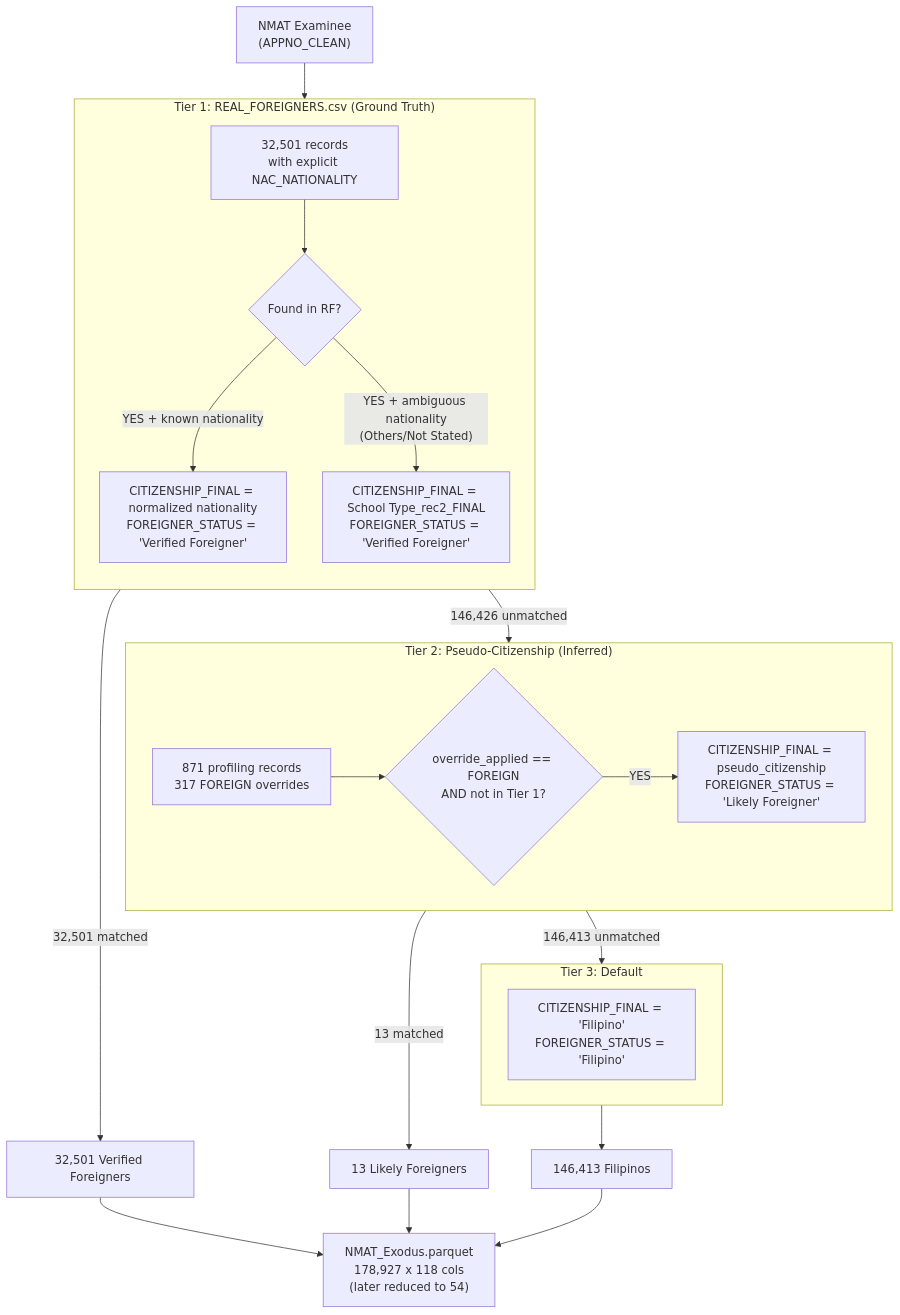
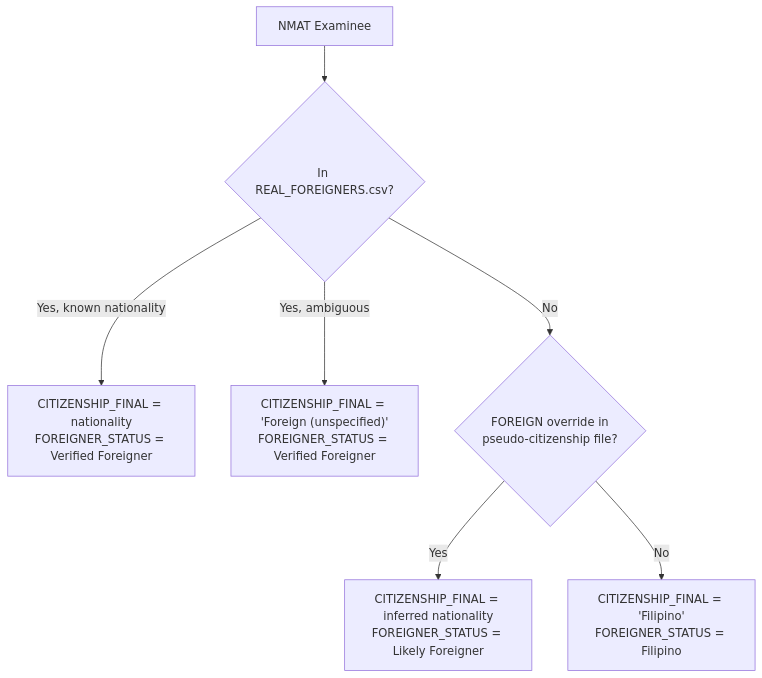
The third of 3 diagrams in docs/pipeline_architecture.md (yoshiii1203/NMAT-Main-Repository), drawn with Mermaid before and after one commit. The commit also changed other lines of this file and 5 other files, not shown here.

````diff
--- a/docs/pipeline_architecture.md
+++ b/docs/pipeline_architecture.md
@@ -336,34 +250,9 @@
 ```mermaid
 flowchart TB
-    START["NMAT Examinee<br/>(APPNO_CLEAN)"] --> TIER1
-    
-    subgraph TIER1["Tier 1: REAL_FOREIGNERS.csv (Ground Truth)"]
-        direction TB
-        RF["32,501 records<br/>with explicit NAC_NATIONALITY"]
-        RF_CHECK{"Found in RF?"}
-        RF --> RF_CHECK
-        RF_CHECK -->|"YES + known nationality"| RF1a["CITIZENSHIP_FINAL = normalized nationality<br/>FOREIGNER_STATUS = 'Verified Foreigner'"]
-        RF_CHECK -->|"YES + ambiguous nationality<br/>(Others/Not Stated)"| RF1b["CITIZENSHIP_FINAL = School Type_rec2_FINAL<br/>FOREIGNER_STATUS = 'Verified Foreigner'"]
-    end
-
-    TIER1 -->|"32,501 matched"| VERIFIED["32,501 Verified Foreigners"]
-    TIER1 -->|"146,426 unmatched"| TIER2
-
-    subgraph TIER2["Tier 2: Pseudo-Citizenship (Inferred)"]
-        PC["871 profiling records<br/>317 FOREIGN overrides"]
-        PC_CHECK{"override_applied == FOREIGN<br/>AND not in Tier 1?"}
-        PC --> PC_CHECK
-        PC_CHECK -->|"YES"| PC2["CITIZENSHIP_FINAL = pseudo_citizenship<br/>FOREIGNER_STATUS = 'Likely Foreigner'"]
-    end
-
-    TIER2 -->|"13 matched"| LIKELY["13 Likely Foreigners"]
-    TIER2 -->|"146,413 unmatched"| TIER3
-
-    subgraph TIER3["Tier 3: Default"]
-        DEF["CITIZENSHIP_FINAL = 'Filipino'<br/>FOREIGNER_STATUS = 'Filipino'"]
-    end
-
-    TIER3 --> FILIPINO["146,413 Filipinos"]
-
-    VERIFIED & LIKELY & FILIPINO --> EXODUS["NMAT_Exodus.parquet<br/>178,927 x 118 cols<br/>(later reduced to 54)"]
+    START["NMAT Examinee"] --> T1{"In REAL_FOREIGNERS.csv?"}
+    T1 -->|"Yes, known nationality"| R1["CITIZENSHIP_FINAL = nationality<br/>FOREIGNER_STATUS = Verified Foreigner"]
+    T1 -->|"Yes, ambiguous"| R2["CITIZENSHIP_FINAL = 'Foreign (unspecified)'<br/>FOREIGNER_STATUS = Verified Foreigner"]
+    T1 -->|"No"| T2{"FOREIGN override in<br/>pseudo-citizenship file?"}
+    T2 -->|"Yes"| R3["CITIZENSHIP_FINAL = inferred nationality<br/>FOREIGNER_STATUS = Likely Foreigner"]
+    T2 -->|"No"| R4["CITIZENSHIP_FINAL = 'Filipino'<br/>FOREIGNER_STATUS = Filipino"]
 ```
````
